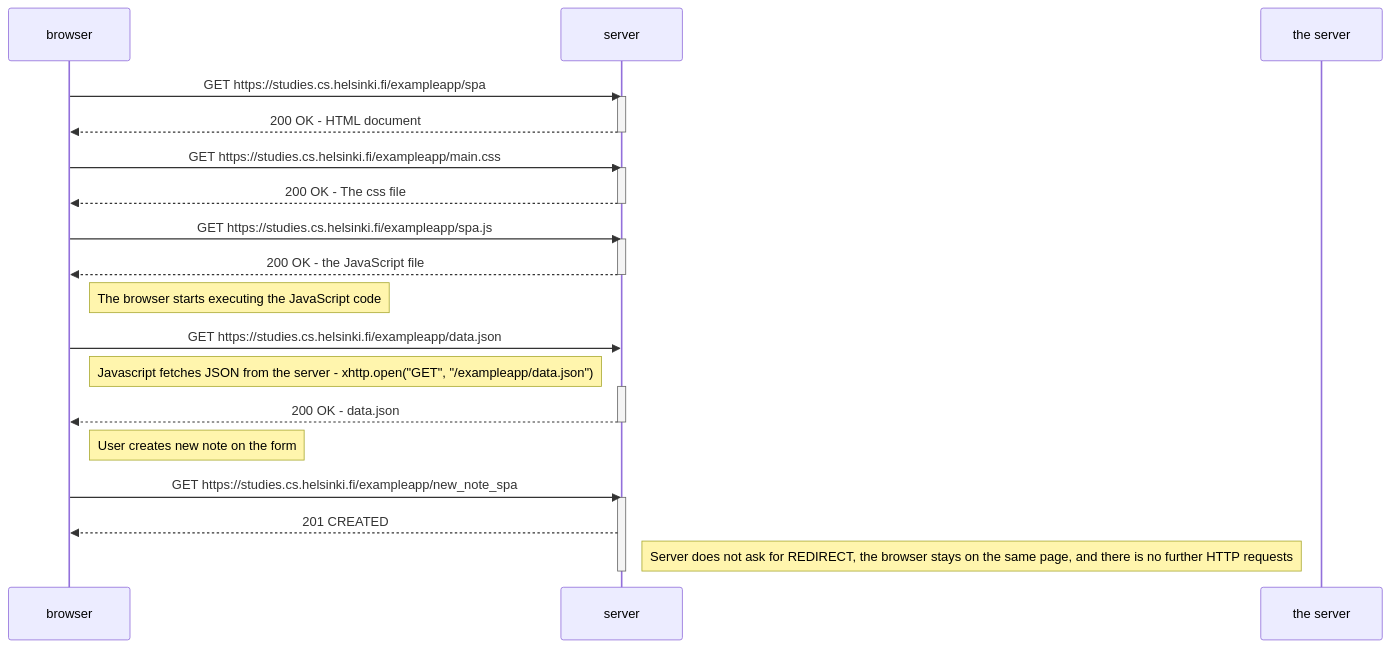
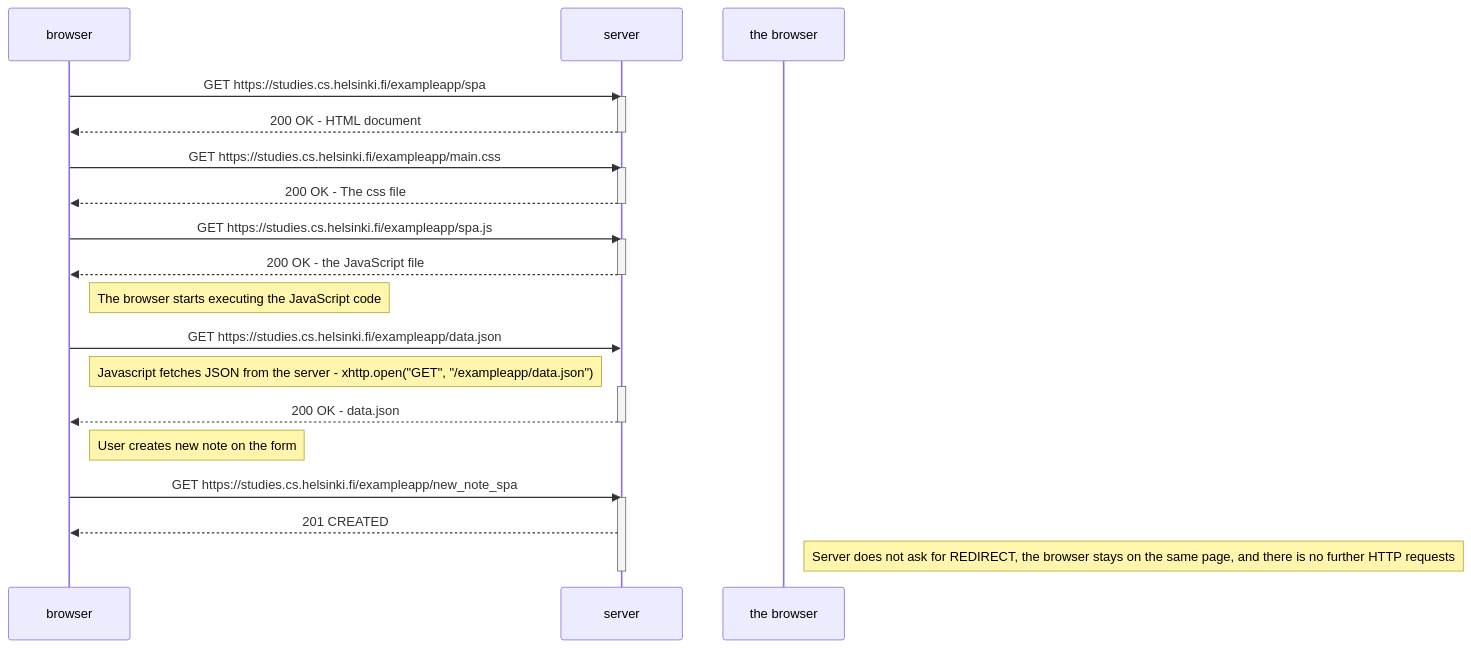
Before and after one commit to TomppeliG6-8/fullstack: the diagram in Part0/0.6 - New note in single page app diagram/readme.md, drawn with Mermaid.

````diff
--- a/Part0/0.6 - New note in single page app diagram/readme.md
+++ b/Part0/0.6 - New note in single page app diagram/readme.md
@@ -1,36 +1,36 @@
 ```mermaid
 sequenceDiagram
     participant browser
     participant server
 
     browser->>server: GET https://studies.cs.helsinki.fi/exampleapp/spa
     activate server
     server-->>browser: 200 OK - HTML document
     deactivate server
 
     browser->>server: GET https://studies.cs.helsinki.fi/exampleapp/main.css
     activate server
     server-->>browser: 200 OK - The css file
     deactivate server
 
     browser->>server: GET https://studies.cs.helsinki.fi/exampleapp/spa.js
     activate server
     server-->>browser: 200 OK - the JavaScript file
     deactivate server
 
     Note right of browser: The browser starts executing the JavaScript code
     
     browser->>server: GET https://studies.cs.helsinki.fi/exampleapp/data.json
     Note right of browser: Javascript fetches JSON from the server - xhttp.open("GET", "/exampleapp/data.json")
     activate server
     server-->>browser: 200 OK - data.json
     deactivate server
 
     Note right of browser: User creates new note on the form
 
     browser->>server: GET https://studies.cs.helsinki.fi/exampleapp/new_note_spa
     activate server
     server-->>browser: 201 CREATED
-    Note left of the server: Server does not ask for REDIRECT, the browser stays on the same page, and there is no further HTTP requests
+    Note right of the browser: Server does not ask for REDIRECT, the browser stays on the same page, and there is no further HTTP requests
     deactivate server
 ```
````
